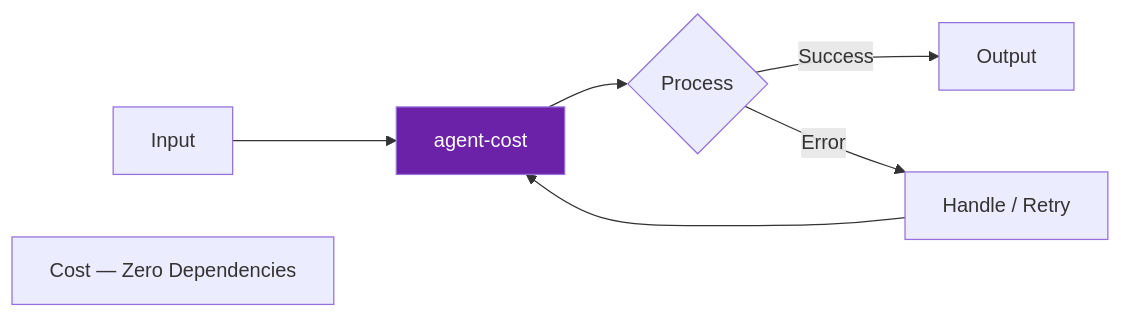
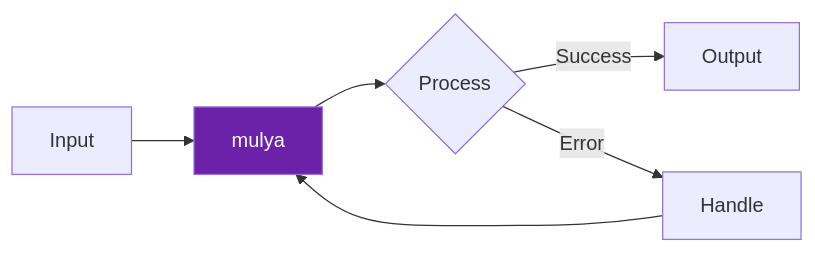
The diagram in README.md (darshjme/agent-cost), drawn with Mermaid before and after one commit. The commit also changed other lines of this file and 1 other file, not shown here.

First line of the commit message:
feat(vedic-v3): rename to mulya (मूल्य)

````diff
--- a/README.md
+++ b/README.md
@@ -48,10 +39,9 @@
 ```mermaid
 flowchart LR
-    A[Input] --> B[agent-cost]
+    A[Input] --> B[mulya]
     B --> C{Process}
     C -- Success --> D[Output]
-    C -- Error --> E[Handle / Retry]
+    C -- Error --> E[Handle]
     E --> B
     style B fill:#6b21a8,color:#fff
-    note["Cost — Zero Dependencies"]
 ```
````
